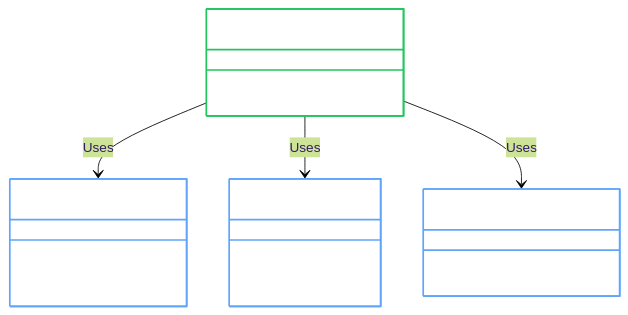
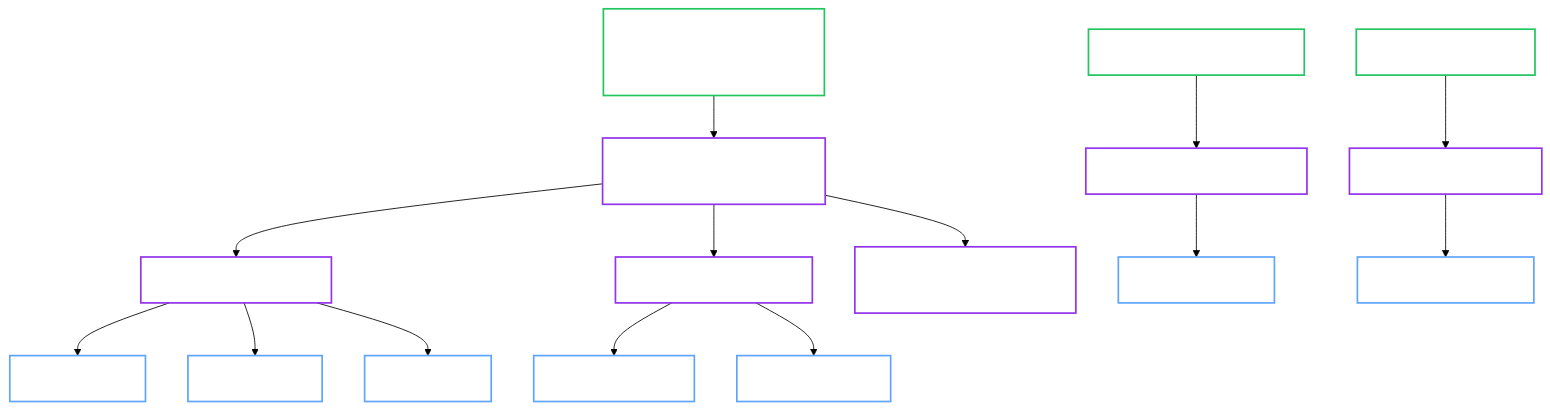
One commit to dc-tec/openbao-operator changed the second of 2 diagrams in docs/architecture/components.md. Above: the diagram before and after it, drawn with Mermaid (forest theme). The commit also changed other lines of this file and 5 other files, not shown here.

Commit message:
docs(architecture): update relevant architectural documentation to match implemented architecture

````diff
--- a/docs/architecture/components.md
+++ b/docs/architecture/components.md
@@ -58,29 +58,27 @@
 ```mermaid
-classDiagram
-    class OpenBaoClusterReconciler {
-        +Reconcile()
-    }
+graph TD
+    OBC["OpenBaoCluster controllers (workload/adminops/status)"] --> OBCApp["internal/app/openbaocluster facade"]
+    OBR["OpenBaoRestore controller"] --> OBRApp["internal/app/openbaorestore"]
+    Prov["Provisioner controller"] --> ProvApp["internal/app/provisioner"]
 
-    class InfraManager {
-        +SyncStatefulSet()
-        +SyncService()
-    }
-    
-    class CertManager {
-        +SyncPKI()
-        +RotateCerts()
-    }
-    
-    class UpgradeManager {
-        +ReconcileUpdate()
-    }
+    OBCApp --> Workload["Workload orchestration"]
+    OBCApp --> AdminOps["AdminOps orchestration"]
+    OBCApp --> StatusOps["Status and deletion orchestration"]
 
-    OpenBaoClusterReconciler --> InfraManager : Uses
-    OpenBaoClusterReconciler --> CertManager : Uses
-    OpenBaoClusterReconciler --> UpgradeManager : Uses
+    Workload --> Infra["Infra Manager"]
+    Workload --> Cert["Cert Manager"]
+    Workload --> Init["Init Manager"]
+    AdminOps --> Upgrade["Upgrade Manager"]
+    AdminOps --> Backup["Backup Manager"]
 
-    style OpenBaoClusterReconciler fill:transparent,stroke:#22c55e,stroke-width:2px,color:#fff
-    style InfraManager fill:transparent,stroke:#60a5fa,stroke-width:2px,color:#fff
-    style CertManager fill:transparent,stroke:#60a5fa,stroke-width:2px,color:#fff
-    style UpgradeManager fill:transparent,stroke:#60a5fa,stroke-width:2px,color:#fff
+    OBRApp --> Restore["Restore Manager"]
+    ProvApp --> ProvMgr["Provisioner Manager"]
+
+    classDef process fill:transparent,stroke:#9333ea,stroke-width:2px,color:#fff;
+    classDef write fill:transparent,stroke:#22c55e,stroke-width:2px,color:#fff;
+    classDef read fill:transparent,stroke:#60a5fa,stroke-width:2px,color:#fff;
+
+    class OBC,OBR,Prov write;
+    class OBCApp,OBRApp,ProvApp,Workload,AdminOps,StatusOps process;
+    class Infra,Cert,Init,Upgrade,Backup,Restore,ProvMgr read;
 ```
````
